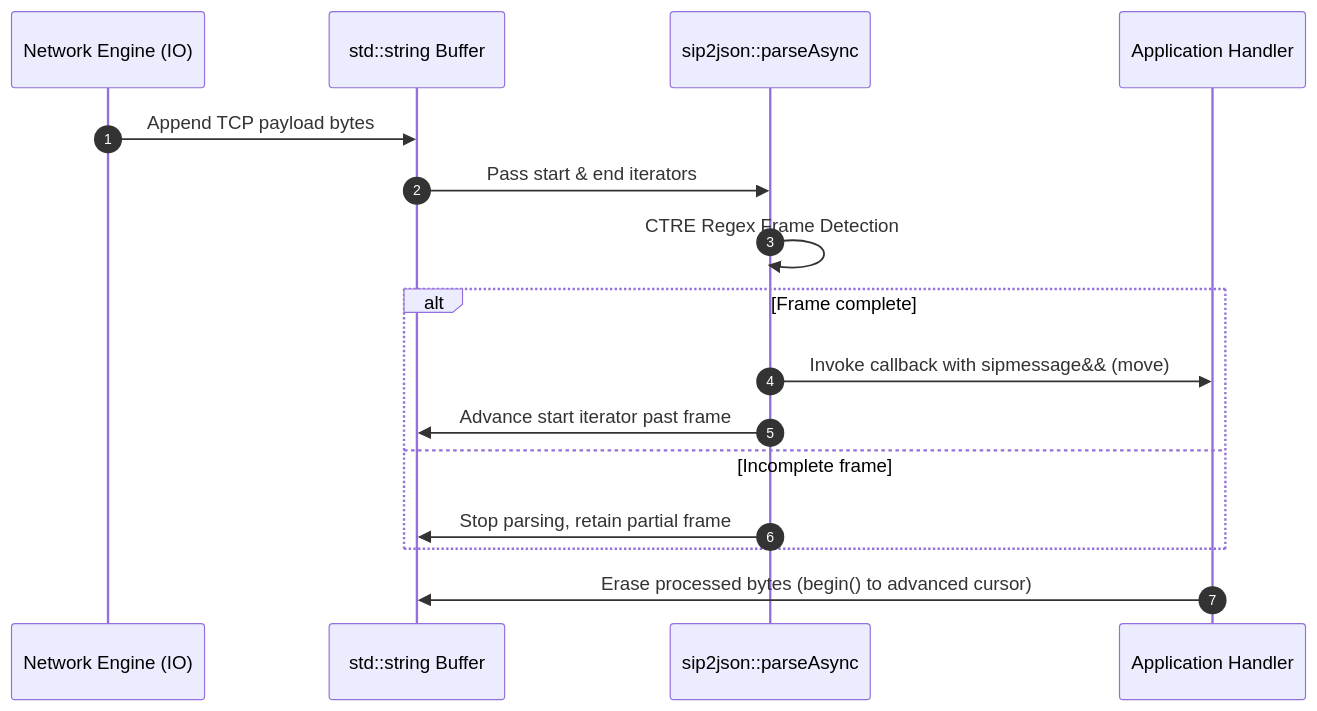
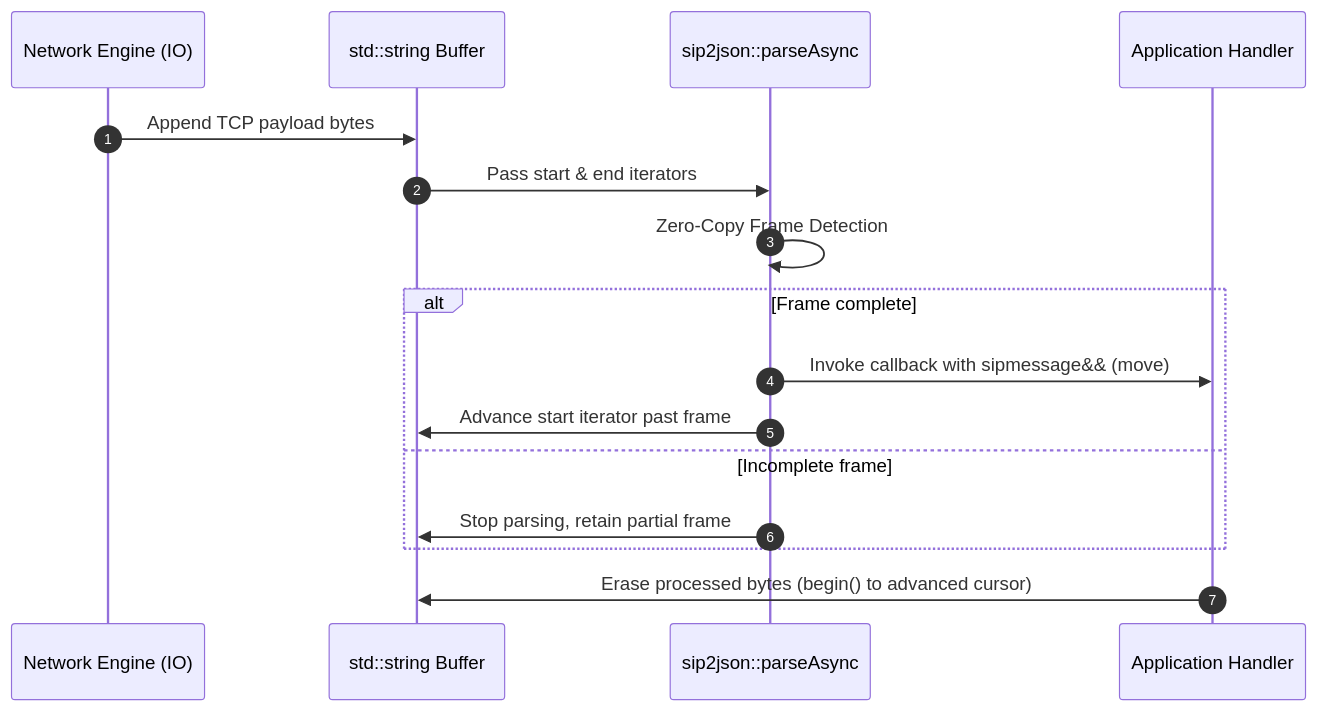
The diagram in docs/architecture/dataflow.md (SiddiqSoft/sip2json), drawn with Mermaid before and after one commit. The commit also changed 22 other files, not shown here.

First line of the commit message:
feat: eliminate CTRE dependency in favor of zero-copy C++23 std::string_view parsing

````diff
--- a/docs/architecture/dataflow.md
+++ b/docs/architecture/dataflow.md
@@ -9,19 +9,19 @@
 ```mermaid
 sequenceDiagram
     autonumber
     participant Network as Network Engine (IO)
     participant Buffer as std::string Buffer
     participant Parser as sip2json::parseAsync
     participant App as Application Handler
 
     Network->>Buffer: Append TCP payload bytes
     Buffer->>Parser: Pass start & end iterators
-    Parser->>Parser: CTRE Regex Frame Detection
+    Parser->>Parser: Zero-Copy Frame Detection
     alt Frame complete
         Parser->>App: Invoke callback with sipmessage&& (move)
         Parser->>Buffer: Advance start iterator past frame
     else Incomplete frame
         Parser->>Buffer: Stop parsing, retain partial frame
     end
     App->>Buffer: Erase processed bytes (begin() to advanced cursor)
 ```
````
